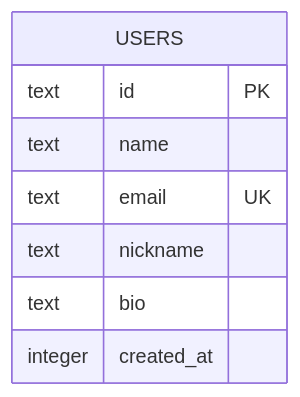
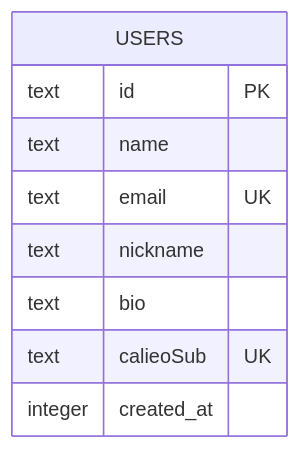
One commit to pnnh/weable changed diagram 11 of 11 in .qoder/repowiki/zh/content/架构设计/认证架构设计/用户信息管理.md. Above: the diagram before and after it, drawn with Mermaid. The commit also changed other lines of this file and 187 other files, not shown here.

````diff
--- a/.qoder/repowiki/zh/content/架构设计/认证架构设计/用户信息管理.md
+++ b/.qoder/repowiki/zh/content/架构设计/认证架构设计/用户信息管理.md
@@ -441,11 +538,12 @@
 ```mermaid
 erDiagram
 USERS {
 text id PK
 text name
 text email UK
 text nickname
 text bio
+text calieoSub UK
 integer created_at
 }
 ```
````
